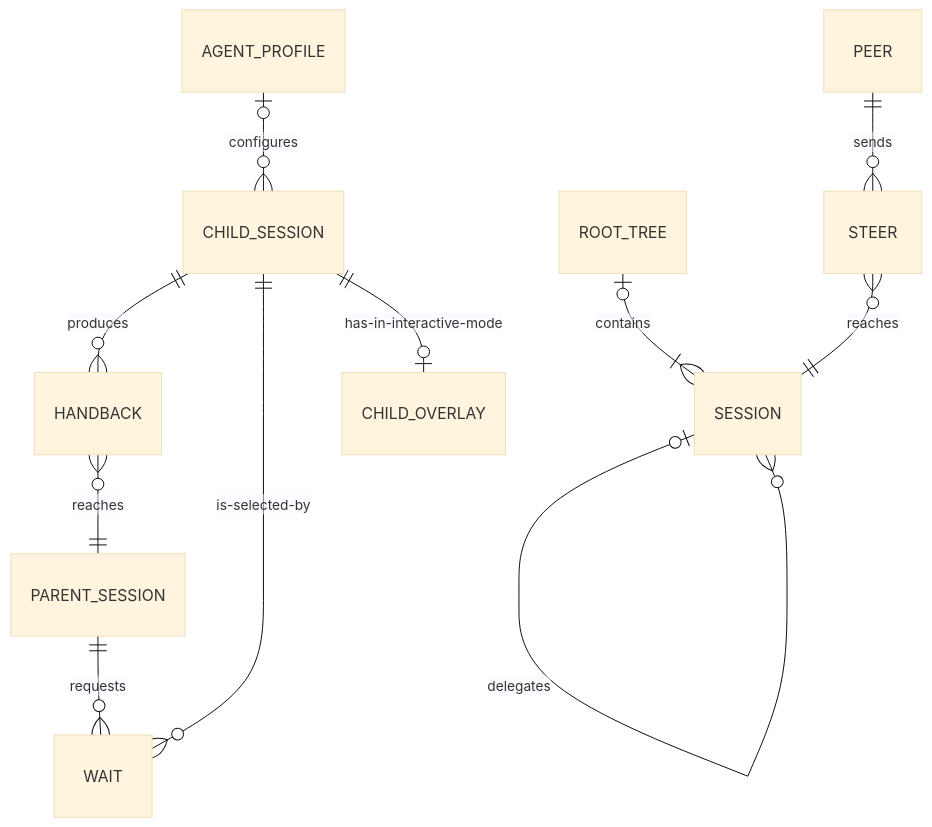
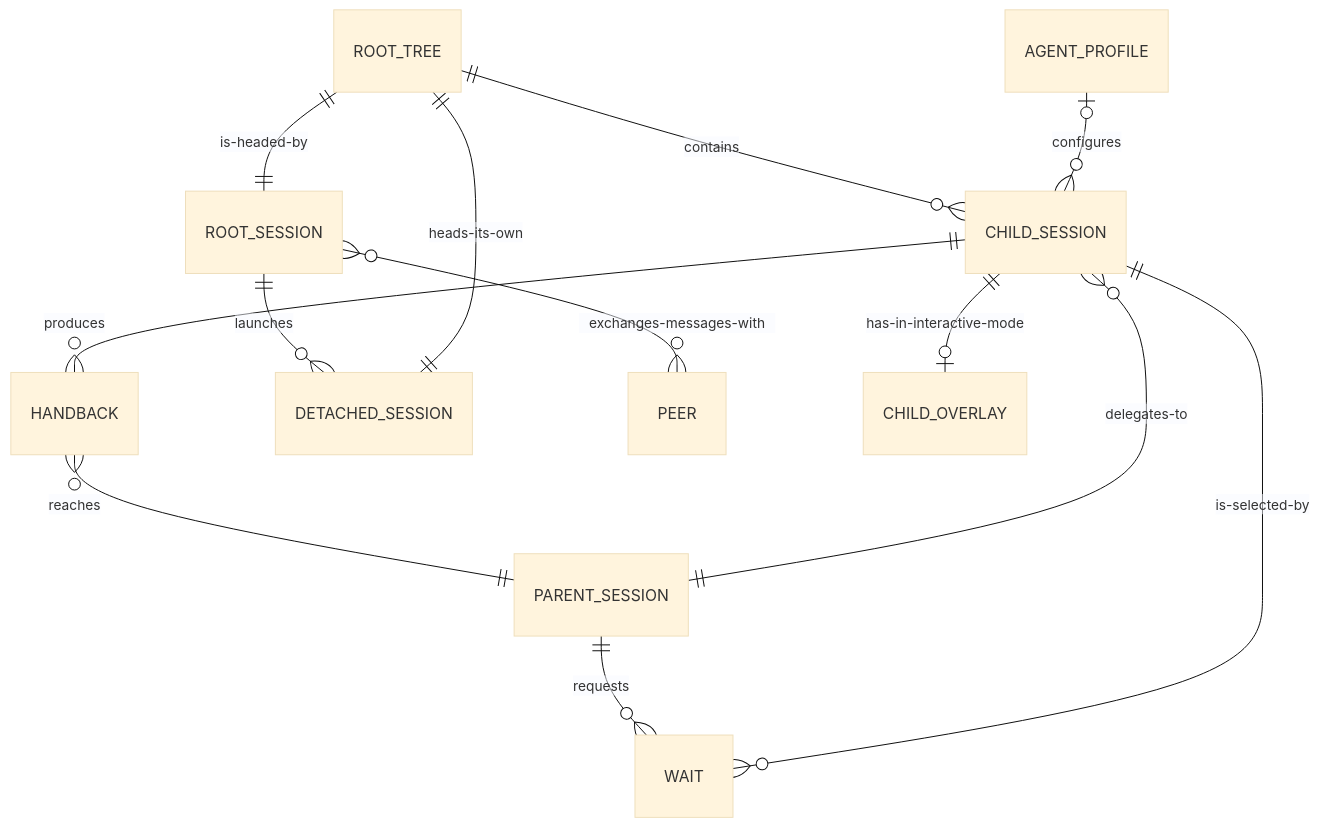
Before and after one commit to SkrOYC/pig-litter: the diagram in .constitution/prd/domain-model.md, drawn with Mermaid (base theme). The commit also changed other lines of this file and 11 other files, not shown here.

First line of the commit message:
Update the product requirements to v0.1.0 after the architecture interview

````diff
--- a/.constitution/prd/domain-model.md
+++ b/.constitution/prd/domain-model.md
@@ -5,13 +5,15 @@
 ```mermaid
 erDiagram
-    ROOT_TREE o|--|{ SESSION : contains
-    SESSION o|--o{ SESSION : delegates
+    ROOT_TREE ||--|| ROOT_SESSION : is-headed-by
+    ROOT_TREE ||--o{ CHILD_SESSION : contains
+    PARENT_SESSION ||--o{ CHILD_SESSION : delegates-to
     AGENT_PROFILE o|--o{ CHILD_SESSION : configures
     PARENT_SESSION ||--o{ WAIT : requests
     CHILD_SESSION ||--o{ WAIT : is-selected-by
     CHILD_SESSION ||--o{ HANDBACK : produces
     HANDBACK }o--|| PARENT_SESSION : reaches
-    PEER ||--o{ STEER : sends
-    STEER }o--|| SESSION : reaches
+    ROOT_SESSION ||--o{ DETACHED_SESSION : launches
+    DETACHED_SESSION ||--|| ROOT_TREE : heads-its-own
+    ROOT_SESSION }o--o{ PEER : exchanges-messages-with
     CHILD_SESSION ||--o| CHILD_OVERLAY : has-in-interactive-mode
 ```
````
